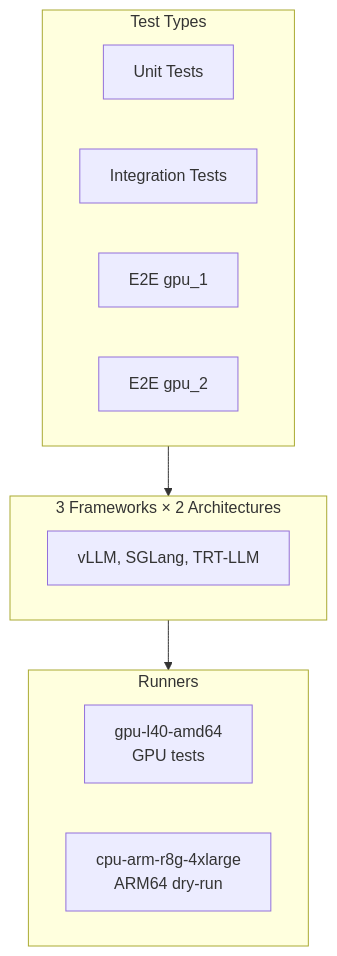
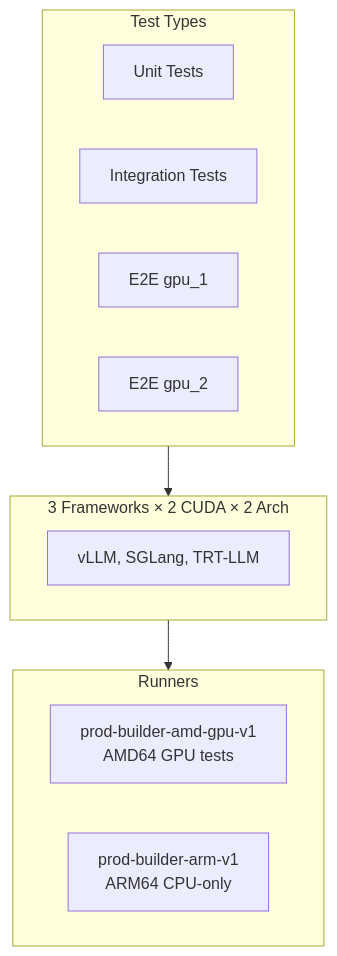
The second of 4 diagrams in .github/NIGHTLY_WORKFLOW.md (ai-dynamo/dynamo), drawn with Mermaid before and after one commit. The commit also changed other lines of this file and 3 other files, not shown here.

````diff
--- a/.github/NIGHTLY_WORKFLOW.md
+++ b/.github/NIGHTLY_WORKFLOW.md
@@ -52,20 +74,20 @@
 ```mermaid
 flowchart TD
     subgraph Tests["Test Types"]
         U[Unit Tests]
         I[Integration Tests]
         E1[E2E gpu_1]
         E2[E2E gpu_2]
     end
 
-    subgraph Frameworks["3 Frameworks × 2 Architectures"]
+    subgraph Frameworks["3 Frameworks × 2 CUDA × 2 Arch"]
         F[vLLM, SGLang, TRT-LLM]
     end
 
     subgraph Runners
-        R1[gpu-l40-amd64<br/>GPU tests]
-        R2[cpu-arm-r8g-4xlarge<br/>ARM64 dry-run]
+        R1[prod-builder-amd-gpu-v1<br/>AMD64 GPU tests]
+        R2[prod-builder-arm-v1<br/>ARM64 CPU-only]
     end
 
     Tests --> Frameworks --> Runners
 ```
````
